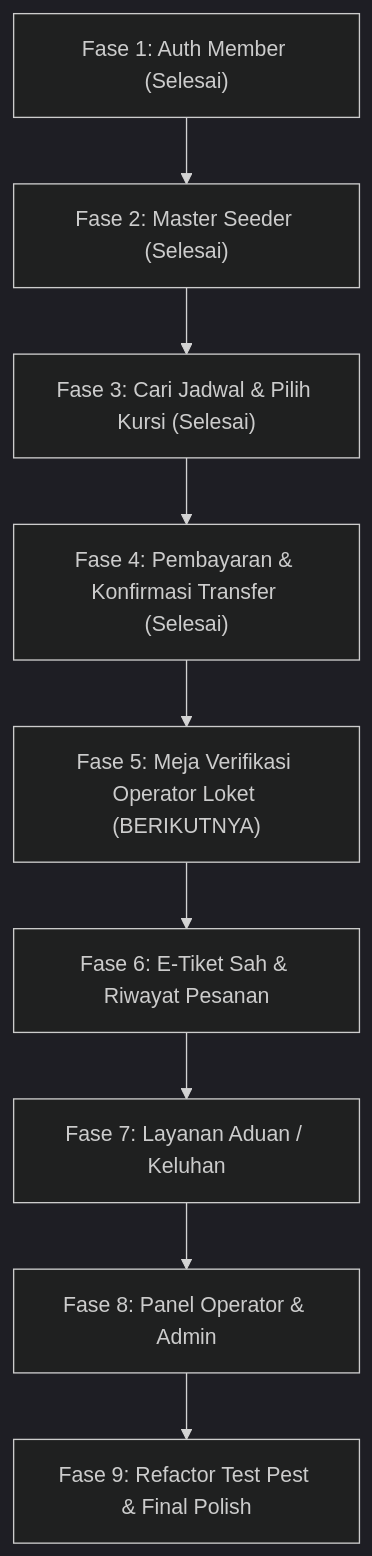
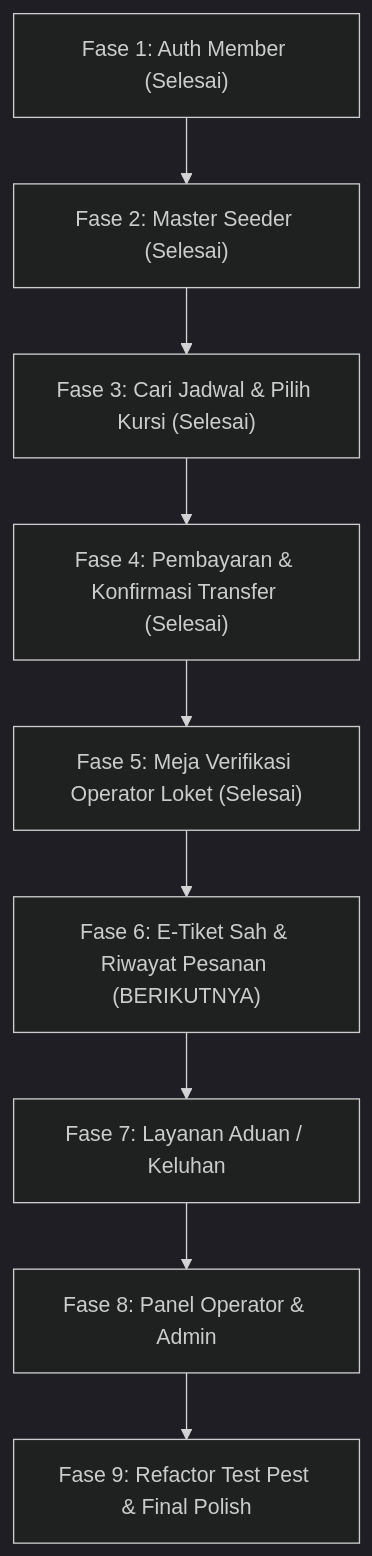
The diagram in roadmap.md (madsobirin/ticket_go), drawn with Mermaid (dark theme) before and after one commit. The commit also changed other lines of this file and 23 other files, not shown here.

````diff
--- a/roadmap.md
+++ b/roadmap.md
@@ -41,11 +43,11 @@
 ```mermaid
 flowchart TD
     A["Fase 1: Auth Member (Selesai)"] --> B["Fase 2: Master Seeder (Selesai)"]
     B --> C["Fase 3: Cari Jadwal & Pilih Kursi (Selesai)"]
     C --> D["Fase 4: Pembayaran & Konfirmasi Transfer (Selesai)"]
-    D --> E["Fase 5: Meja Verifikasi Operator Loket (BERIKUTNYA)"]
-    E --> F["Fase 6: E-Tiket Sah & Riwayat Pesanan"]
+    D --> E["Fase 5: Meja Verifikasi Operator Loket (Selesai)"]
+    E --> F["Fase 6: E-Tiket Sah & Riwayat Pesanan (BERIKUTNYA)"]
     F --> G["Fase 7: Layanan Aduan / Keluhan"]
     G --> H["Fase 8: Panel Operator & Admin"]
     H --> I["Fase 9: Refactor Test Pest & Final Polish"]
 ```
````
